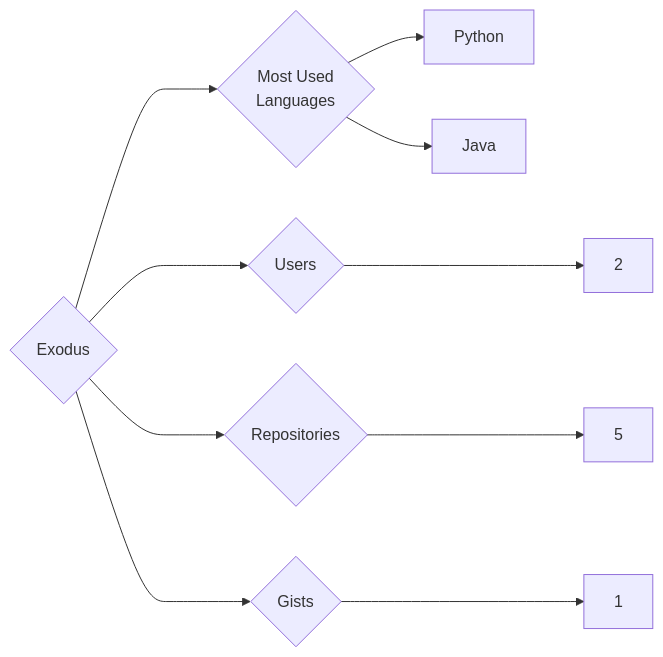
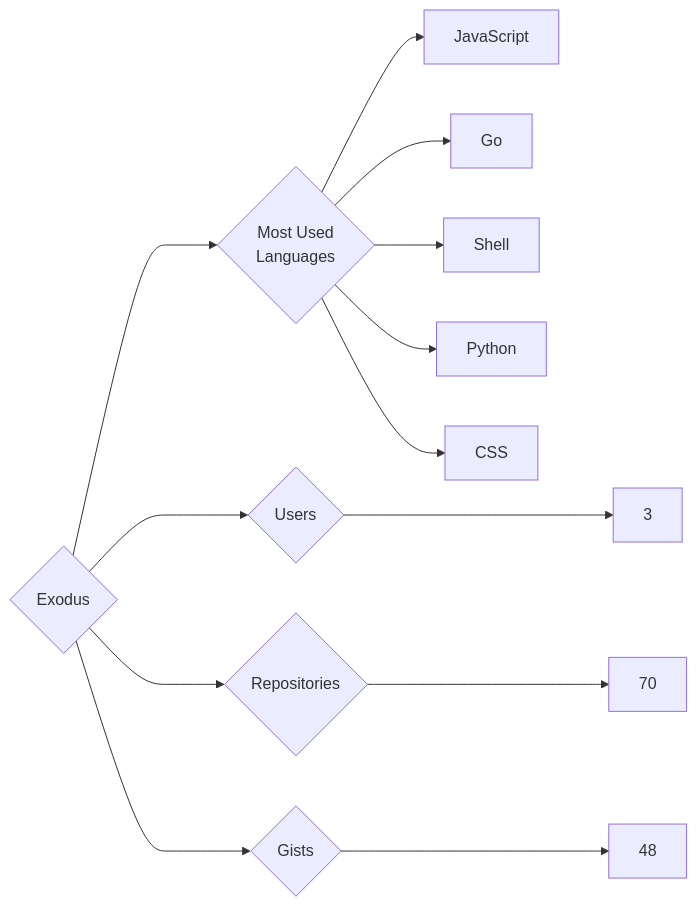
One commit to trickest/insiders changed the diagram in targets/Exodus/README.md. Above: the diagram before and after it, drawn with Mermaid. The commit also changed 1007 other files, not shown here.

````diff
--- a/targets/Exodus/README.md
+++ b/targets/Exodus/README.md
@@ -3,10 +3,13 @@
 ```mermaid
 graph LR
 COMPANY_NAME{Exodus}
-COMPANY_NAME ---> U{Users} ---> UN[2]
-COMPANY_NAME ---> R{Repositories} ---> RN[5]
-COMPANY_NAME ---> G{Gists} ---> GN[1]
+COMPANY_NAME ---> U{Users} ---> UN[3]
+COMPANY_NAME ---> R{Repositories} ---> RN[70]
+COMPANY_NAME ---> G{Gists} ---> GN[48]
 COMPANY_NAME ---> ML{Most Used<br>Languages}
+ML --> JavaScript[JavaScript]
+ML --> Go[Go]
+ML --> Shell[Shell]
 ML --> Python[Python]
-ML --> Java[Java]
+ML --> CSS[CSS]
 ```
````
